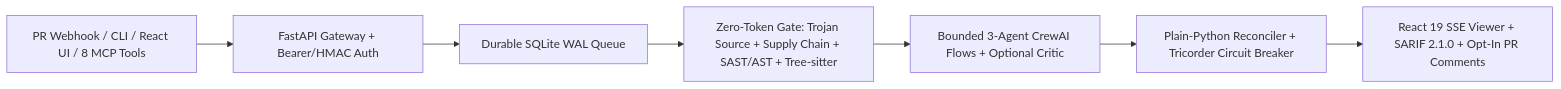
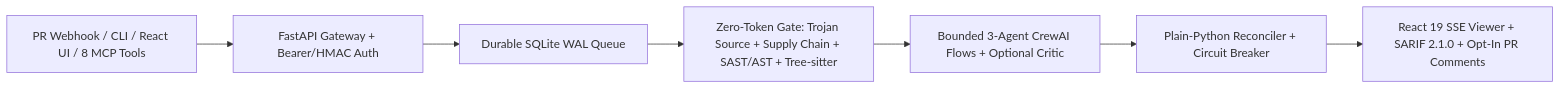
One commit to hamza1713/hamza1713 changed the first of 4 diagrams in README.md. Above: the diagram before and after it, drawn with Mermaid. The commit also changed other lines of this file and 3 other files, not shown here.

````diff
--- a/README.md
+++ b/README.md
@@ -93,9 +71,9 @@
 ```mermaid
 flowchart LR
     IN["PR Webhook / CLI / React UI / 8 MCP Tools"] --> GW["FastAPI Gateway + Bearer/HMAC Auth"]
     GW --> Q["Durable SQLite WAL Queue"]
     Q --> PRE["Zero-Token Gate: Trojan Source + Supply Chain + SAST/AST + Tree-sitter"]
     PRE --> CREW["Bounded 3-Agent CrewAI Flows + Optional Critic"]
-    CREW --> REC["Plain-Python Reconciler + Tricorder Circuit Breaker"]
+    CREW --> REC["Plain-Python Reconciler + Circuit Breaker"]
     REC --> OUT["React 19 SSE Viewer + SARIF 2.1.0 + Opt-In PR Comments"]
 ```
````
